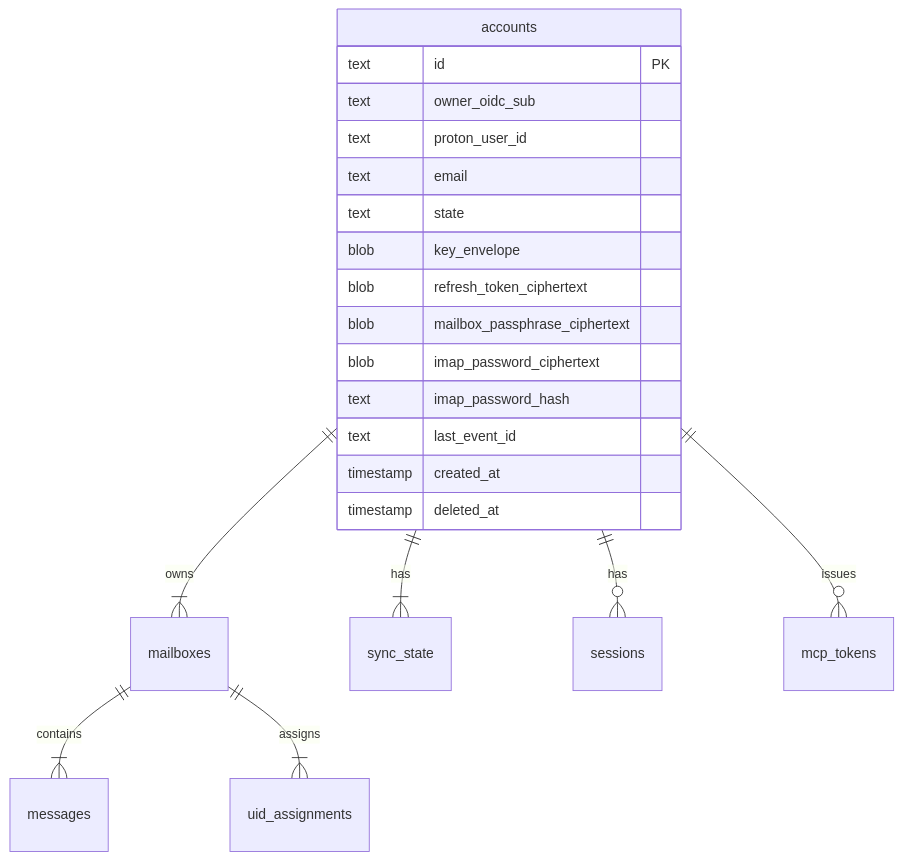
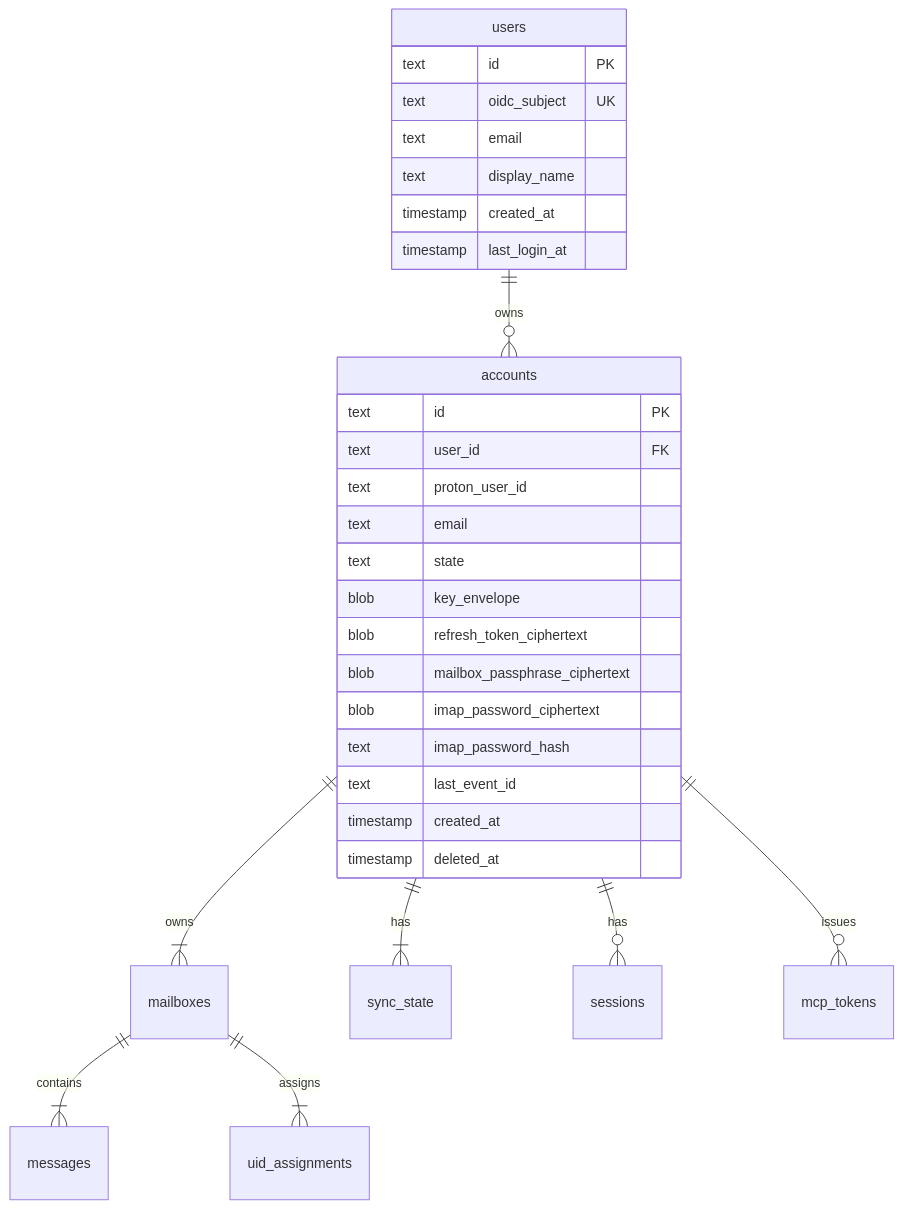
Before and after one commit to joestump/reduit: the diagram in docs/openspec/specs/account-model/design.md, drawn with Mermaid. The commit also changed other lines of this file and 1 other file, not shown here.

First line of the commit message:
docs(spec): SPEC-0001 restructure for users/accounts split

````diff
--- a/docs/openspec/specs/account-model/design.md
+++ b/docs/openspec/specs/account-model/design.md
@@ -10,24 +16,33 @@
 ```mermaid
 erDiagram
+    users ||--o{ accounts : "owns"
     accounts ||--|{ mailboxes : "owns"
     accounts ||--|{ sync_state : "has"
     accounts ||--o{ sessions : "has"
     accounts ||--o{ mcp_tokens : "issues"
     mailboxes ||--|{ messages : "contains"
     mailboxes ||--|{ uid_assignments : "assigns"
+    users {
+        text id PK
+        text oidc_subject UK
+        text email
+        text display_name
+        timestamp created_at
+        timestamp last_login_at
+    }
     accounts {
         text id PK
-        text owner_oidc_sub
+        text user_id FK
         text proton_user_id
         text email
         text state
         blob key_envelope
         blob refresh_token_ciphertext
         blob mailbox_passphrase_ciphertext
         blob imap_password_ciphertext
         text imap_password_hash
         text last_event_id
         timestamp created_at
         timestamp deleted_at
     }
 ```
````
